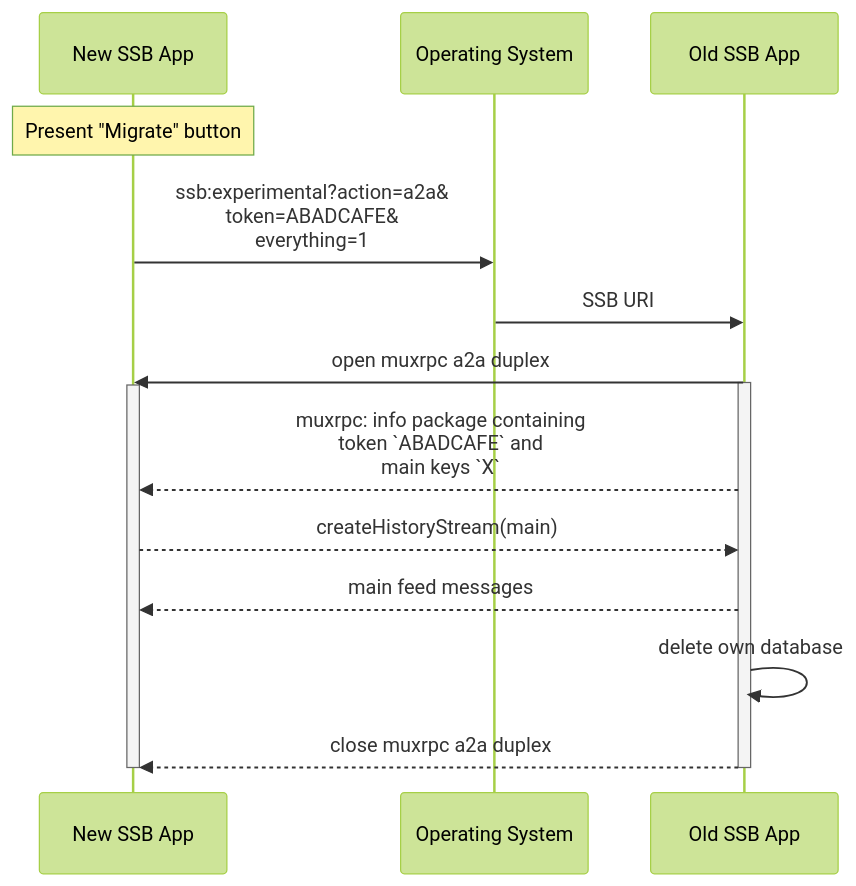
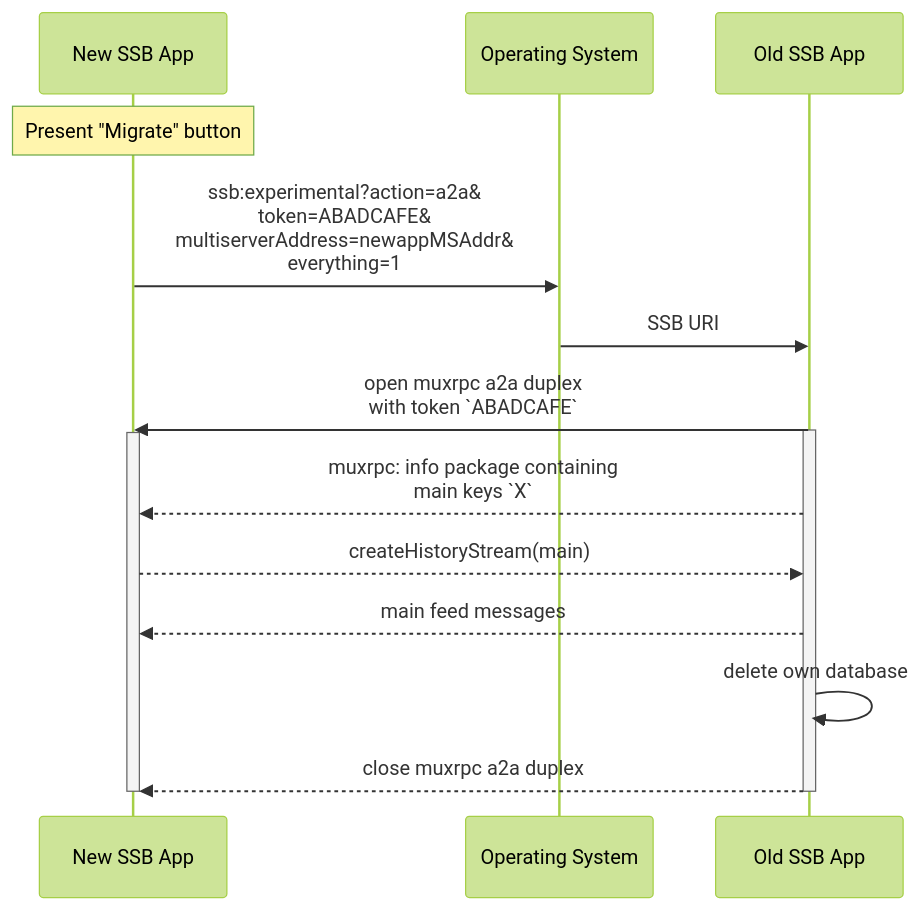
Before and after one commit to ssb-ngi-pointer/a2a-spec-archived: the second of 3 diagrams in Examples.md, drawn with Mermaid (forest theme). The commit also changed other lines of this file and 3 other files, not shown here.

Commit message:
a2a duplex needs an argument, the token

````diff
--- a/Examples.md
+++ b/Examples.md
@@ -33,20 +33,20 @@
 ```mermaid
 sequenceDiagram
   participant new as New SSB App
   participant os as Operating System
   participant old as Old SSB App
 
   Note over new: Present "Migrate" button
-  new->>os: ssb:experimental?action=a2a&<br/>token=ABADCAFE&<br/>everything=1
+  new->>os: ssb:experimental?action=a2a&<br/>token=ABADCAFE&<br/>multiserverAddress=newappMSAddr&<br/>everything=1
   os->>old: SSB URI
-  old->>new: open muxrpc a2a duplex
+  old->>new: open muxrpc a2a duplex<br/>with token `ABADCAFE`
   activate old
   activate new
-  old-->>new: muxrpc: info package containing<br />token `ABADCAFE` and<br/> main keys `X`
+  old-->>new: muxrpc: info package containing<br />main keys `X`
   new-->>old: createHistoryStream(main)
   old-->>new: main feed messages
   old->>old: delete own database
   old-->>new: close muxrpc a2a duplex
   deactivate new
   deactivate old
 ```
````
